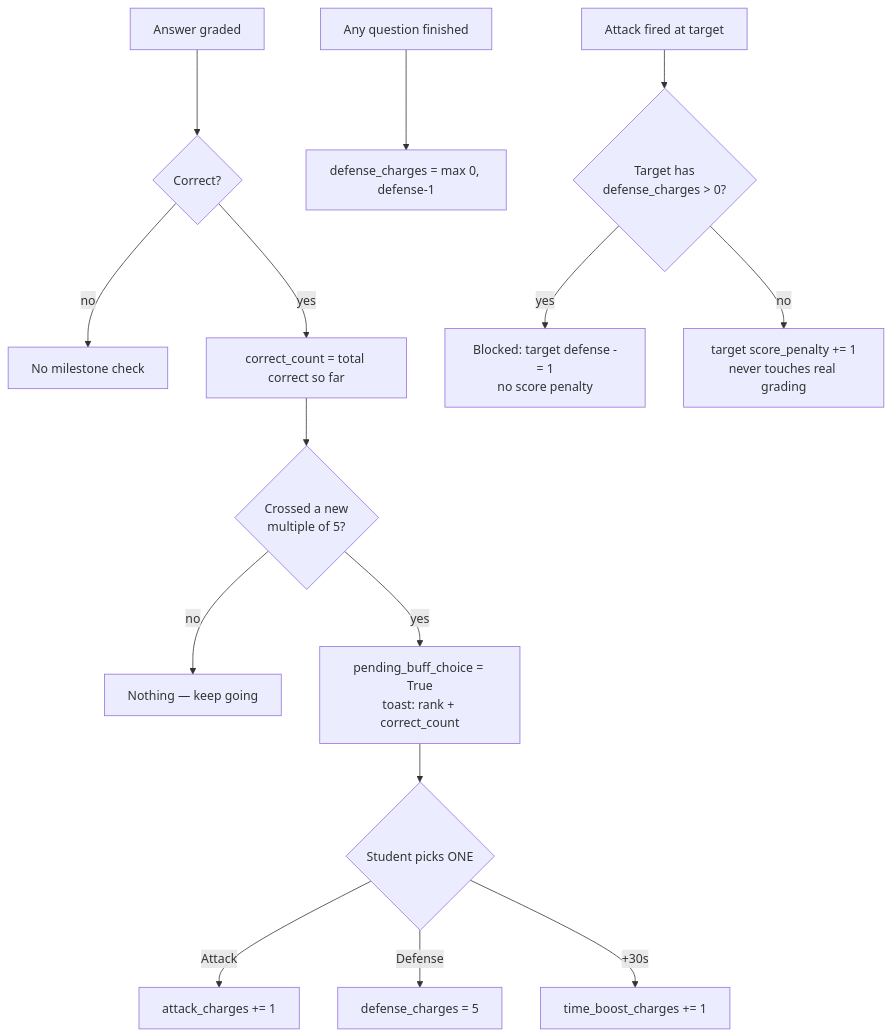
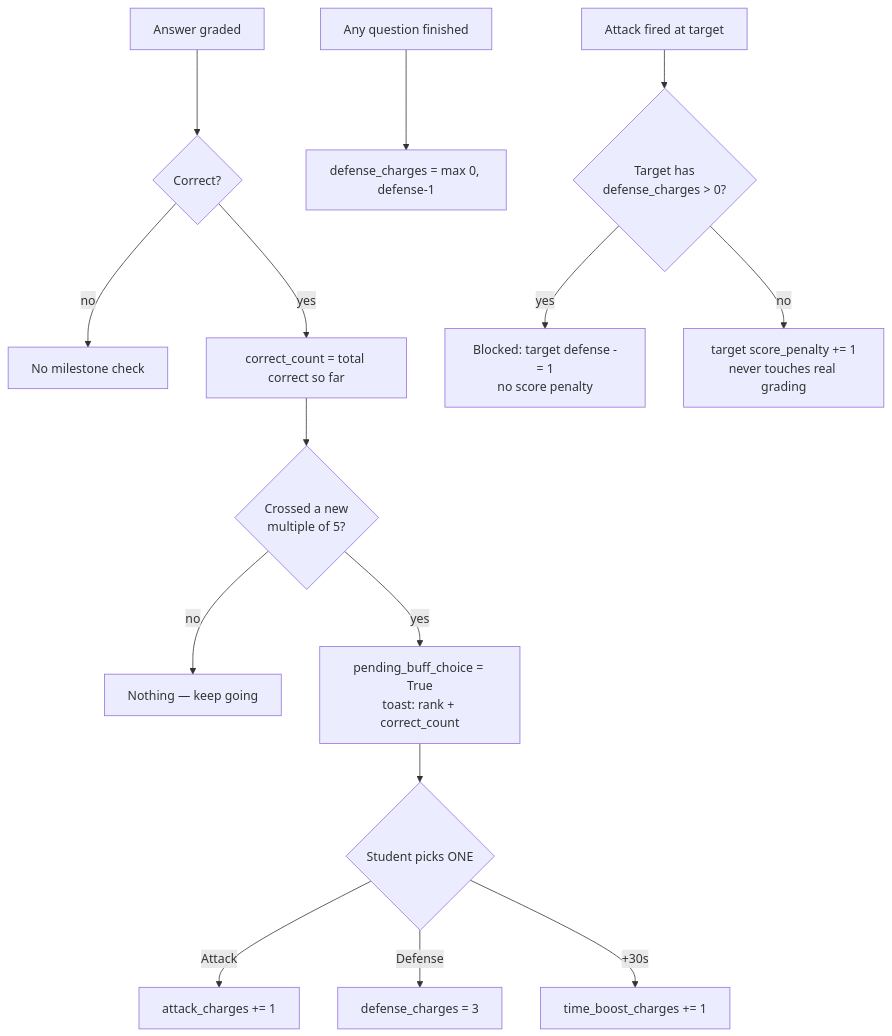
Before and after one commit to Nazonokage/Anti-Cheat-Exam: the fourth of 4 diagrams in README.md, drawn with Mermaid. The commit also changed other lines of this file and 12 other files, not shown here.

````diff
--- a/README.md
+++ b/README.md
@@ -56,19 +56,19 @@
 ```mermaid
 flowchart TD
     Ans[Answer graded] --> Cor{Correct?}
     Cor -- no --> Done1[No milestone check]
     Cor -- yes --> Cnt[correct_count = total correct so far]
     Cnt --> M{Crossed a new<br/>multiple of 5?}
     M -- no --> Done2[Nothing — keep going]
     M -- yes --> Pend[pending_buff_choice = True<br/>toast: rank + correct_count]
     Pend --> Pick{Student picks ONE}
     Pick -- Attack --> A1[attack_charges += 1]
-    Pick -- Defense --> A2[defense_charges = 5]
+    Pick -- Defense --> A2[defense_charges = 3]
     Pick -- "+30s" --> A3[time_boost_charges += 1]
 
     Fin[Any question finished] --> Dec[defense_charges = max 0, defense-1]
 
     Atk[Attack fired at target] --> Def{Target has<br/>defense_charges > 0?}
     Def -- yes --> Blk[Blocked: target defense -= 1<br/>no score penalty]
     Def -- no --> Hit[target score_penalty += 1<br/>never touches real grading]
 ```
````
